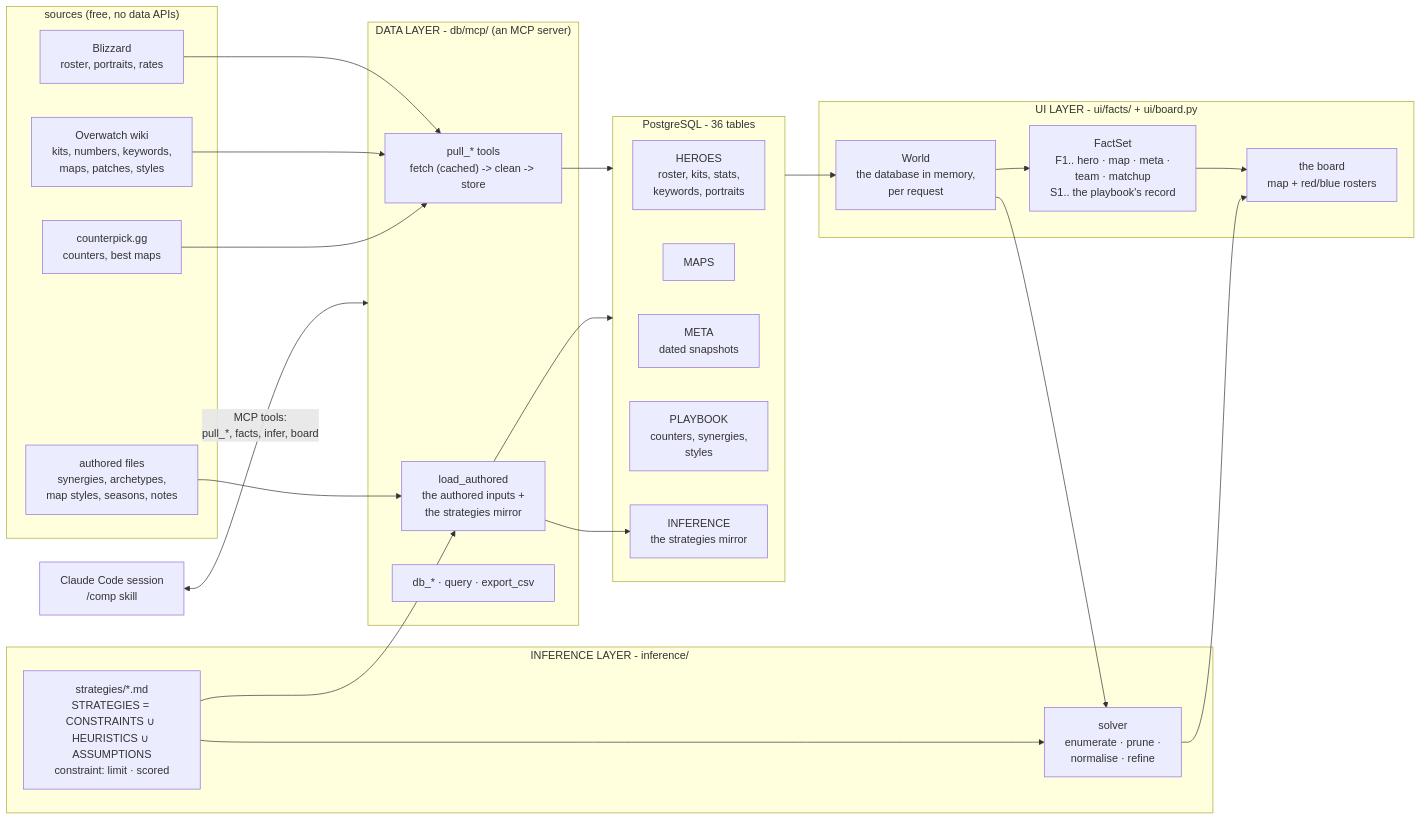
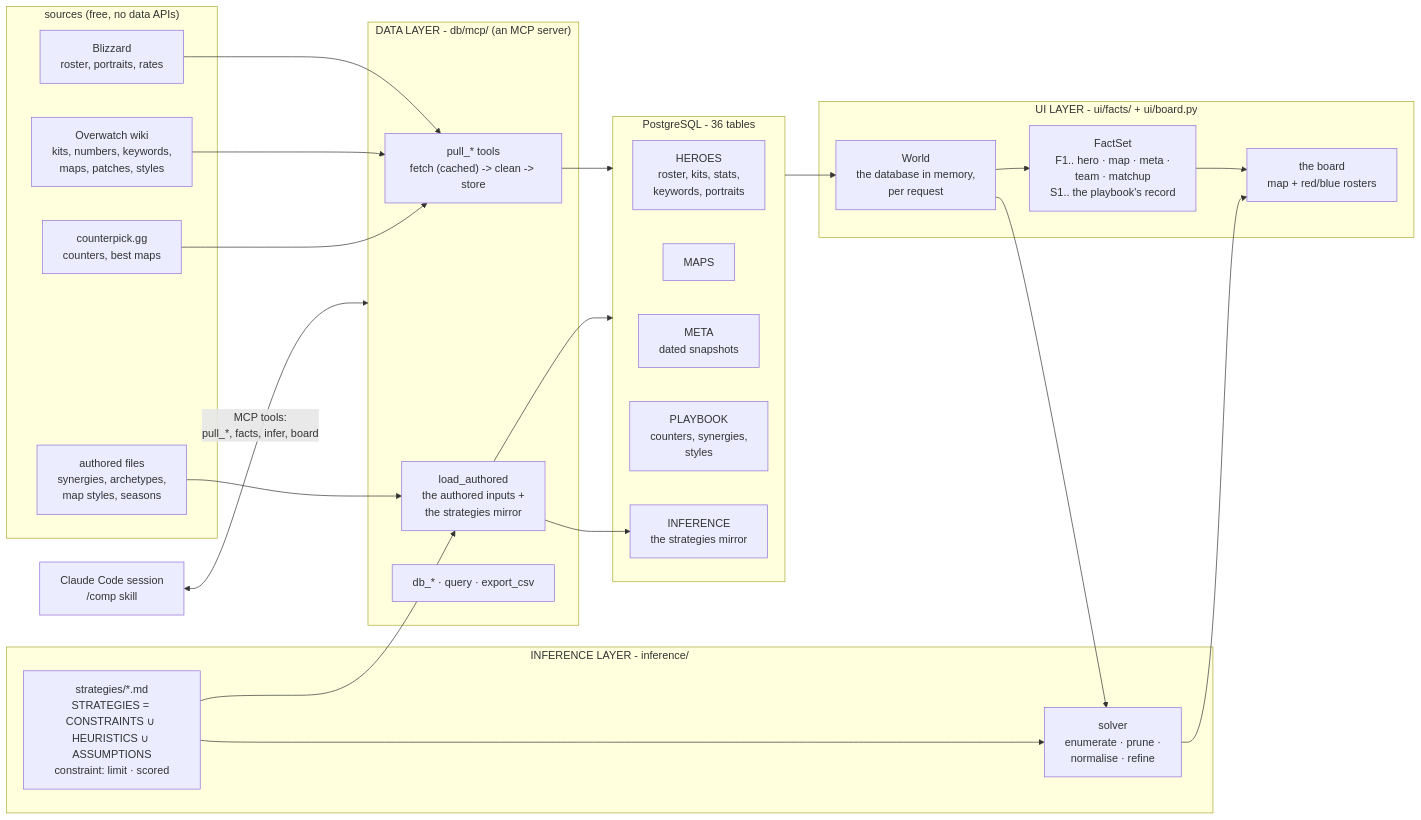
One commit to mmikol/counter-utility-matrix changed the first of 2 diagrams in docs/architecture.md. Above: the diagram before and after it, drawn with Mermaid. The commit also changed other lines of this file and 79 other files, not shown here.

````diff
--- a/docs/architecture.md
+++ b/docs/architecture.md
@@ -38,45 +38,45 @@
 ```mermaid
 flowchart LR
     subgraph SOURCES["sources (free, no data APIs)"]
         BLZ["Blizzard<br/>roster, portraits, rates"]
         WIKI["Overwatch wiki<br/>kits, numbers, keywords,<br/>maps, patches, styles"]
         CPK["counterpick.gg<br/>counters, best maps"]
-        CSV["authored files<br/>synergies, archetypes,<br/>map styles, seasons, notes"]
+        CSV["authored files<br/>synergies, archetypes,<br/>map styles, seasons"]
     end
 
     subgraph DATA["DATA LAYER - db/mcp/ (an MCP server)"]
         PULL["pull_* tools<br/>fetch (cached) -> clean -> store"]
         PLAY["load_authored<br/>the authored inputs +<br/>the strategies mirror"]
         DBT["db_* · query · export_csv"]
     end
 
     subgraph PG["PostgreSQL - 36 tables"]
         HEROES["HEROES<br/>roster, kits, stats,<br/>keywords, portraits"]
         MAPS["MAPS"]
         META["META<br/>dated snapshots"]
         PLAYBOOK["PLAYBOOK<br/>counters, synergies,<br/>styles"]
         INF["INFERENCE<br/>the strategies mirror"]
     end
 
     subgraph USER["UI LAYER - ui/facts/ + ui/board.py"]
         WORLD["World<br/>the database in memory,<br/>per request"]
         FACTS["FactSet<br/>F1.. hero · map · meta ·<br/>team · matchup<br/>S1.. the playbook's record"]
         BOARD["the board<br/>map + red/blue rosters"]
     end
 
     subgraph INFER["INFERENCE LAYER - inference/"]
         HEUR["strategies/*.md<br/>STRATEGIES = CONSTRAINTS ∪ HEURISTICS ∪ ASSUMPTIONS<br/>constraint: limit · scored"]
         SOLVER["solver<br/>enumerate · prune ·<br/>normalise · refine"]
     end
 
     BLZ & WIKI & CPK --> PULL
     CSV --> PLAY
     HEUR --> PLAY
     PLAY --> INF
     PULL & PLAY --> PG
     PG --> WORLD --> FACTS --> BOARD
     WORLD --> SOLVER
     HEUR --> SOLVER
     SOLVER --> BOARD
     CHAT["Claude Code session<br/>/comp skill"] <-->|"MCP tools:<br/>pull_*, facts, infer, board"| DATA
 ```
````
